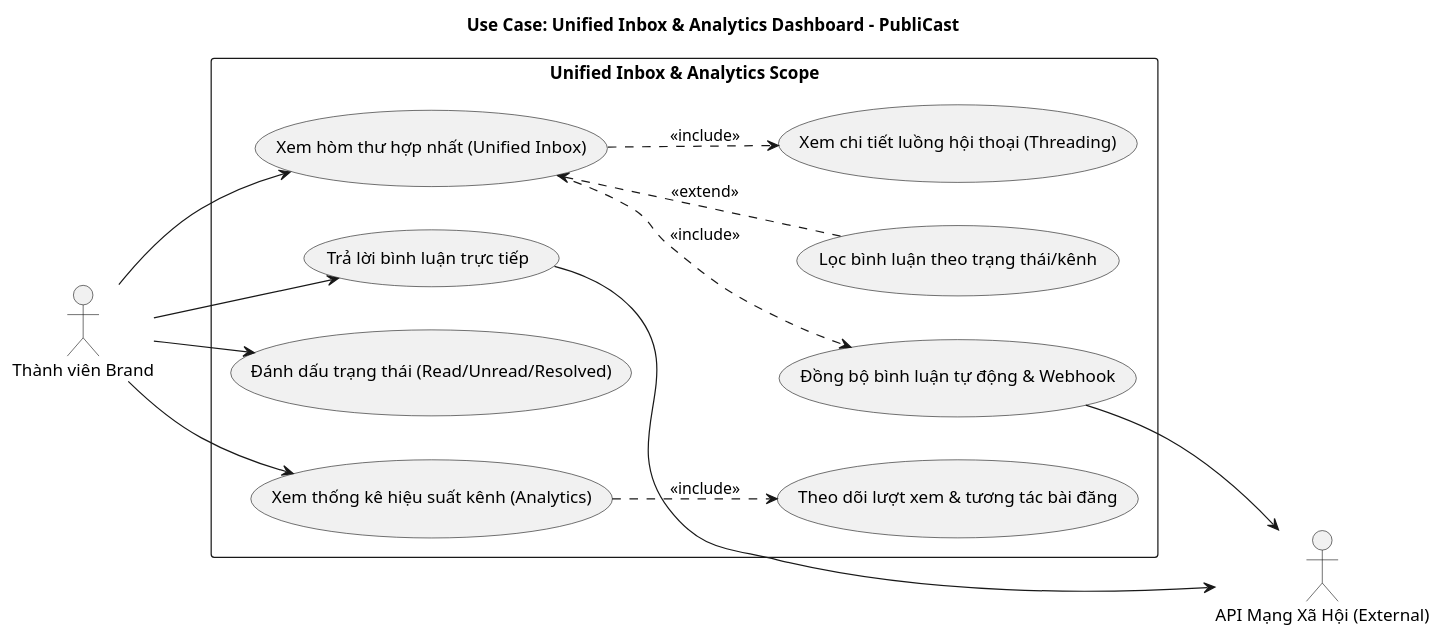
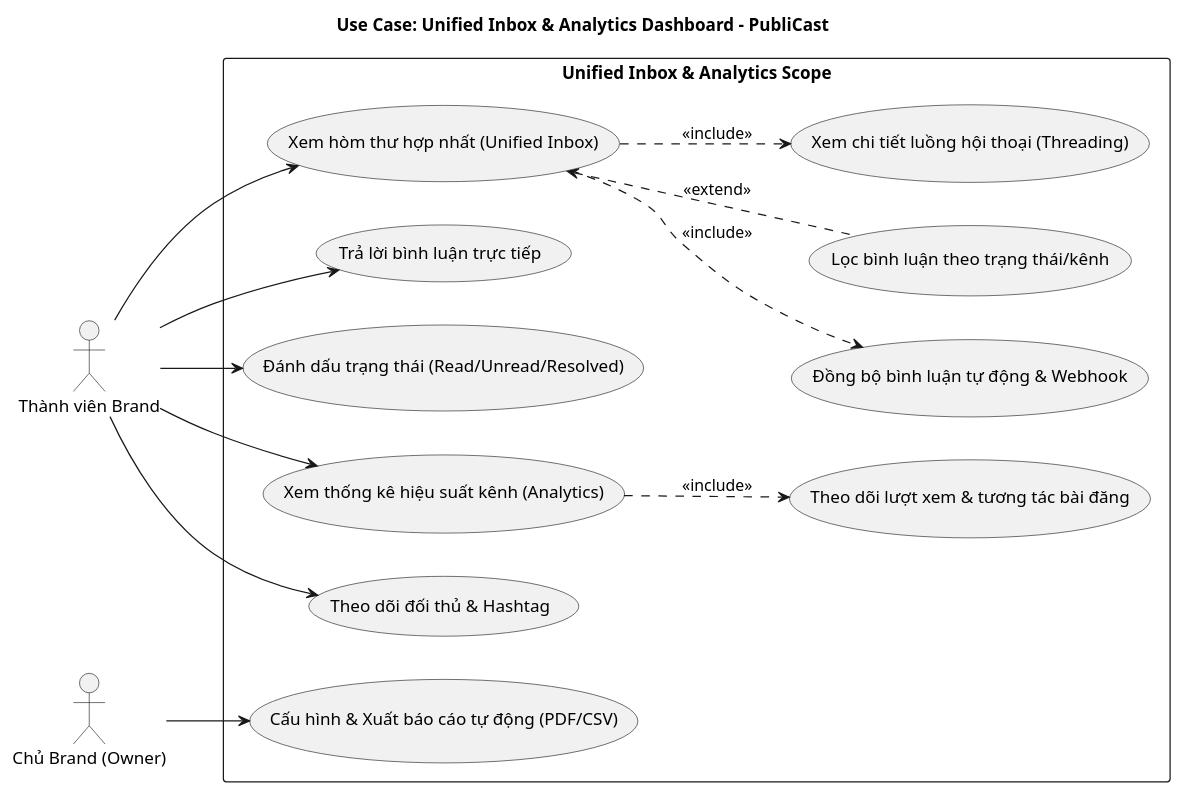
One commit to Nguyen-Thanh-Huy-io/FCAJ-AWS-Project changed the diagram in docs/diagrams/usecase_inbox_analytics.puml. Above: the diagram before and after it, drawn with PlantUML. The commit also changed 34 other files, not shown here.

```diff
--- a/docs/diagrams/usecase_inbox_analytics.puml
+++ b/docs/diagrams/usecase_inbox_analytics.puml
@@ -1,43 +1,45 @@
 @startuml UseCase_Inbox_Analytics
 title Use Case: Unified Inbox & Analytics Dashboard - PubliCast
 
 left to right direction
 skinparam monochrome true
 skinparam shading false
 
-
 actor "Thành viên Brand" as ActorMember
-actor "API Mạng Xã Hội (External)" as ActorSocialAPI
+actor "Chủ Brand (Owner)" as ActorOwner
 
 rectangle "Unified Inbox & Analytics Scope" {
+    ' Unified Inbox (UC15)
     usecase "Xem hòm thư hợp nhất (Unified Inbox)" as UC_ViewInbox
     usecase "Đồng bộ bình luận tự động & Webhook" as UC_SyncComments
     usecase "Lọc bình luận theo trạng thái/kênh" as UC_FilterInbox
     usecase "Xem chi tiết luồng hội thoại (Threading)" as UC_ViewThread
-    
     usecase "Trả lời bình luận trực tiếp" as UC_ReplyComment
     usecase "Đánh dấu trạng thái (Read/Unread/Resolved)" as UC_MarkStatus
     
+    ' Analytics & Reports (UC16, UC17, UC18)
     usecase "Xem thống kê hiệu suất kênh (Analytics)" as UC_ViewAnalytics
     usecase "Theo dõi lượt xem & tương tác bài đăng" as UC_TrackMetrics
+    usecase "Theo dõi đối thủ & Hashtag" as UC_TrackCompetitors
+    usecase "Cấu hình & Xuất báo cáo tự động (PDF/CSV)" as UC_ExportReports
 }
 
 ' Unified Inbox & Tương tác
 ActorMember --> UC_ViewInbox
 ActorMember --> UC_ReplyComment
 ActorMember --> UC_MarkStatus
 
 ' Mở rộng tính năng Inbox
 UC_ViewInbox <.. UC_FilterInbox : <<extend>>
 UC_ViewInbox ..> UC_ViewThread : <<include>>
 UC_ViewInbox ..> UC_SyncComments : <<include>>
 
-' Tác vụ gửi/nhận qua Social API
-UC_SyncComments --> ActorSocialAPI
-UC_ReplyComment --> ActorSocialAPI
-
-' Analytics Dashboard
+' Analytics Dashboard & Competitors
 ActorMember --> UC_ViewAnalytics
 UC_ViewAnalytics ..> UC_TrackMetrics : <<include>>
+ActorMember --> UC_TrackCompetitors
+
+' Báo cáo tự động (Owner / Manager)
+ActorOwner --> UC_ExportReports
 
 @enduml
```
